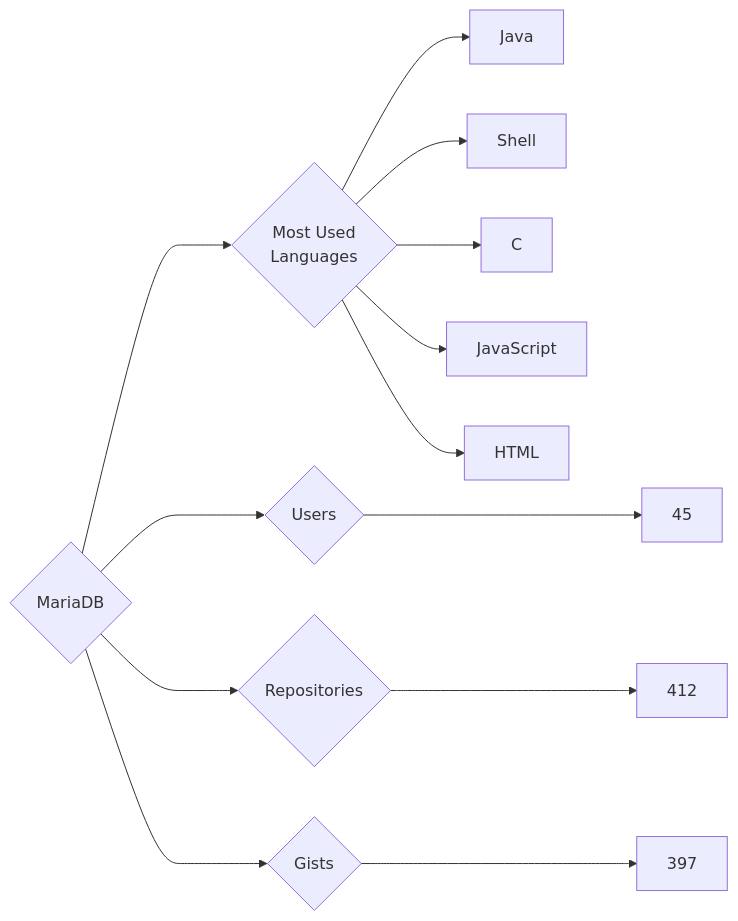
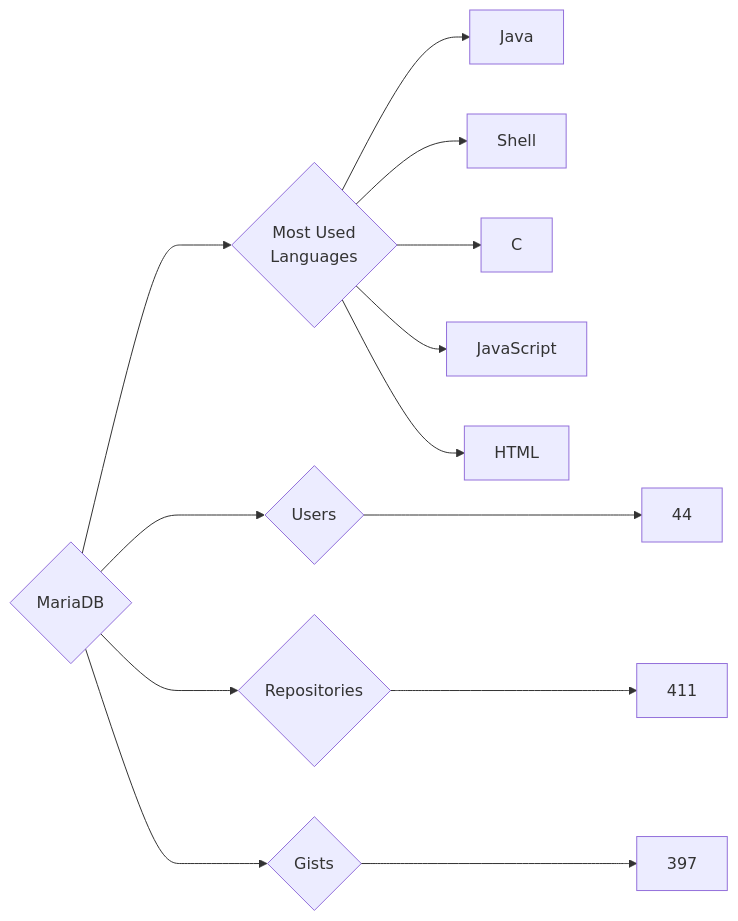
Before and after one commit to trickest/insiders: the diagram in targets/MariaDB/README.md, drawn with Mermaid. The commit also changed 860 other files, not shown here.

````diff
--- a/targets/MariaDB/README.md
+++ b/targets/MariaDB/README.md
@@ -3,13 +3,13 @@
 ```mermaid
 graph LR
 COMPANY_NAME{MariaDB}
-COMPANY_NAME ---> U{Users} ---> UN[45]
-COMPANY_NAME ---> R{Repositories} ---> RN[412]
+COMPANY_NAME ---> U{Users} ---> UN[44]
+COMPANY_NAME ---> R{Repositories} ---> RN[411]
 COMPANY_NAME ---> G{Gists} ---> GN[397]
 COMPANY_NAME ---> ML{Most Used<br>Languages}
 ML --> Java[Java]
 ML --> Shell[Shell]
 ML --> C[C]
 ML --> JavaScript[JavaScript]
 ML --> HTML[HTML]
 ```
````
